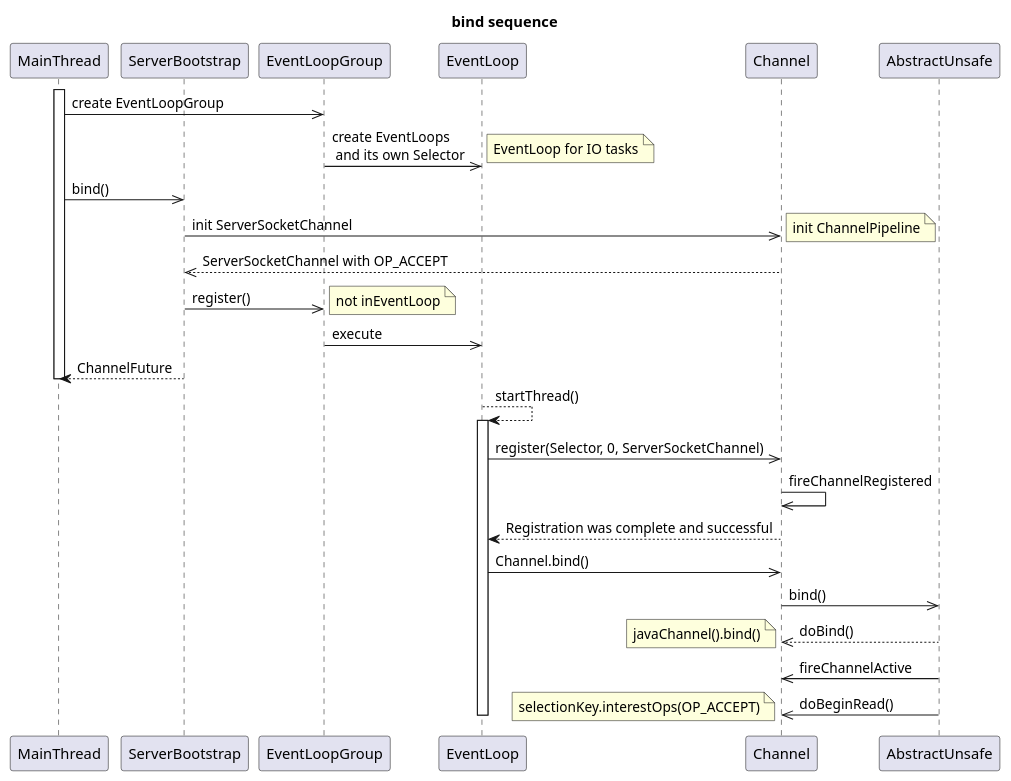
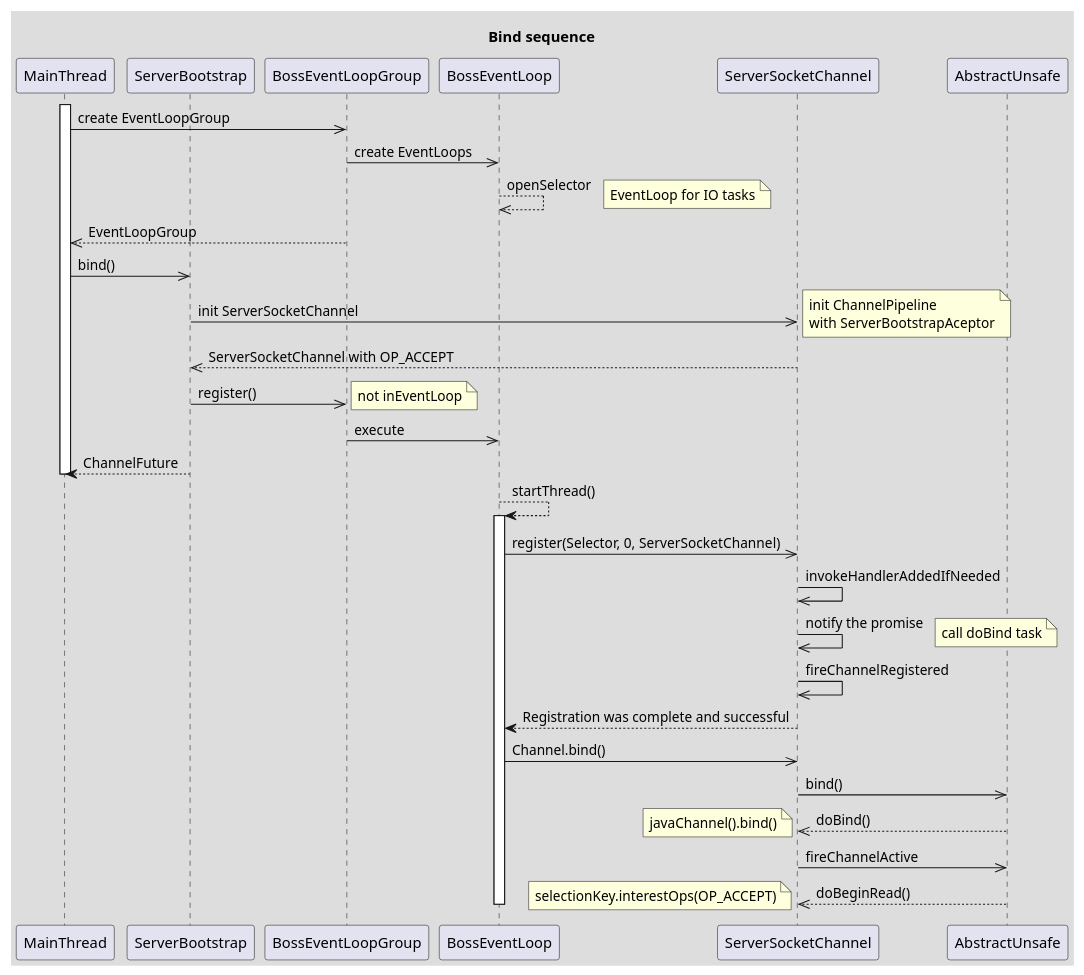
One commit to Robinpig/Note changed the first of 5 diagrams in docs/CS/Java/Netty/Netty.md. Above: the diagram before and after it, drawn with PlantUML. The commit also changed other lines of this file, not shown here.

Commit message:
sequence

````diff
--- a/docs/CS/Java/Netty/Netty.md
+++ b/docs/CS/Java/Netty/Netty.md
@@ -44,35 +45,45 @@
 ```plantuml
-title: bind sequence
+skinparam backgroundColor #DDDDDD
+
+title: Bind sequence
 participant MainThread as ma
 participant ServerBootstrap as sb
-participant EventLoopGroup as we
-participant EventLoop as bl
-participant Channel as cc
+participant BossEventLoopGroup as we
+participant BossEventLoop as bl
+participant ServerSocketChannel as cc
 activate ma
 ma ->> we: create EventLoopGroup
-we ->> bl: create EventLoops \n and its own Selector
+we ->> bl: create EventLoops
+bl -->> bl: openSelector
 note right: EventLoop for IO tasks
+we -->> ma: EventLoopGroup
 ma ->> sb: bind()
 sb ->> cc: init ServerSocketChannel
-note right: init ChannelPipeline
+note right
+init ChannelPipeline 
+with ServerBootstrapAceptor
+end note
 cc -->> sb: ServerSocketChannel with OP_ACCEPT
 sb ->> we: register()
 note right: not inEventLoop
 we ->> bl: execute
 sb --> ma: ChannelFuture
 deactivate ma
 bl --> bl: startThread()
 activate bl
 bl ->> cc: register(Selector, 0, ServerSocketChannel)
+cc ->> cc: invokeHandlerAddedIfNeeded
+cc ->> cc: notify the promise
+note right: call doBind task
 cc ->> cc: fireChannelRegistered
 cc --> bl: Registration was complete and successful
 bl ->> cc: Channel.bind()
 participant AbstractUnsafe as au
 cc ->> au: bind()
 au -->> cc: doBind()
 note left: javaChannel().bind()
-au ->> cc: fireChannelActive
-au ->> cc: doBeginRead()
+cc ->> au: fireChannelActive
+au -->> cc: doBeginRead()
 note left: selectionKey.interestOps(OP_ACCEPT)
 deactivate bl
 ```
````
